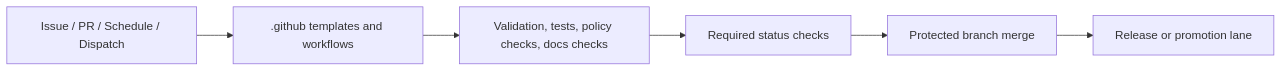
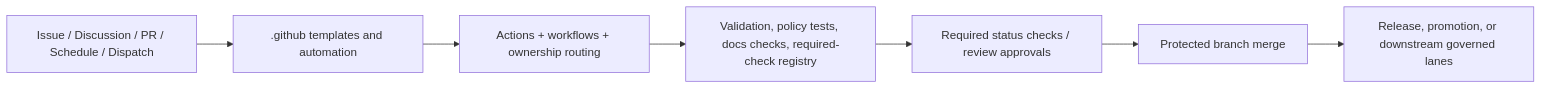
One commit to bartytime4life/Kansas-Frontier-Matrix changed the diagram in .github/README.md. Above: the diagram before and after it, drawn with Mermaid. The commit also changed other lines of this file, not shown here.

````diff
--- a/.github/README.md
+++ b/.github/README.md
@@ -60,8 +155,9 @@
 ```mermaid
 flowchart LR
-  A[Issue / PR / Schedule / Dispatch] --> B[.github templates and workflows]
-  B --> C[Validation, tests, policy checks, docs checks]
-  C --> D[Required status checks]
-  D --> E[Protected branch merge]
-  E --> F[Release or promotion lane]
+  A[Issue / Discussion / PR / Schedule / Dispatch] --> B[.github templates and automation]
+  B --> C[Actions + workflows + ownership routing]
+  C --> D[Validation, policy tests, docs checks, required-check registry]
+  D --> E[Required status checks / review approvals]
+  E --> F[Protected branch merge]
+  F --> G[Release, promotion, or downstream governed lanes]
 ```
````
